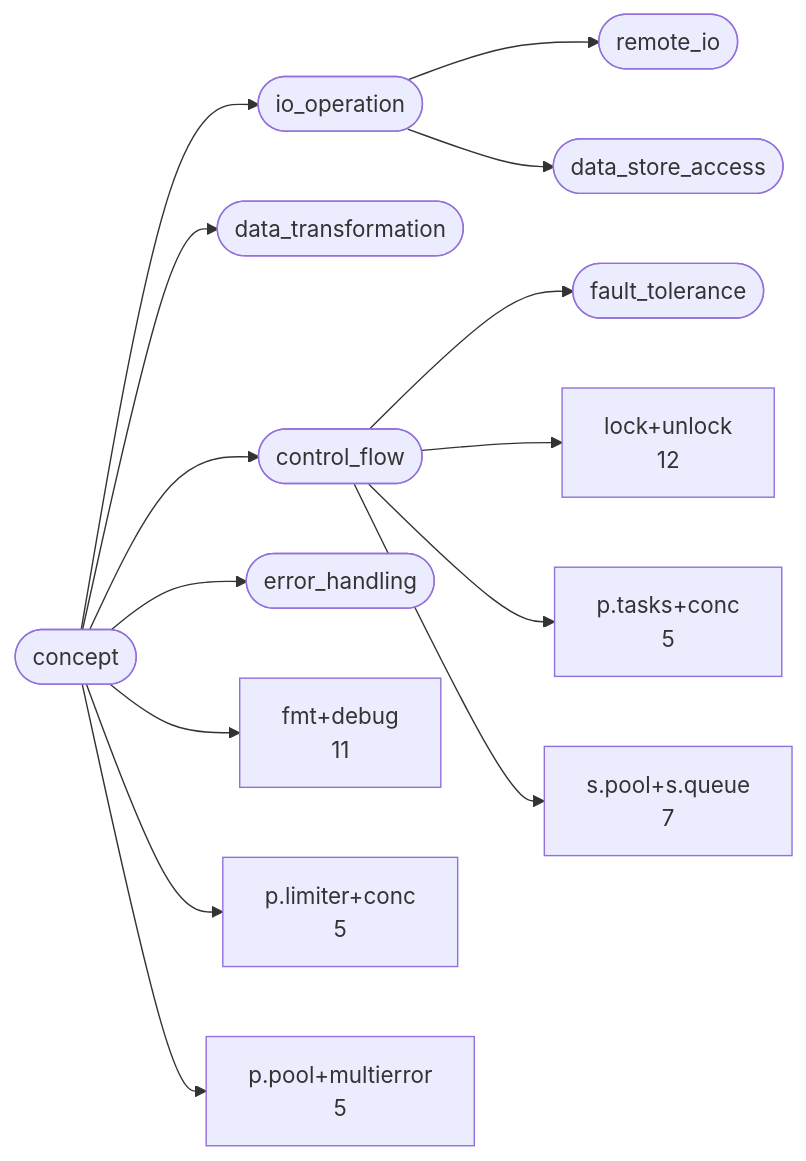
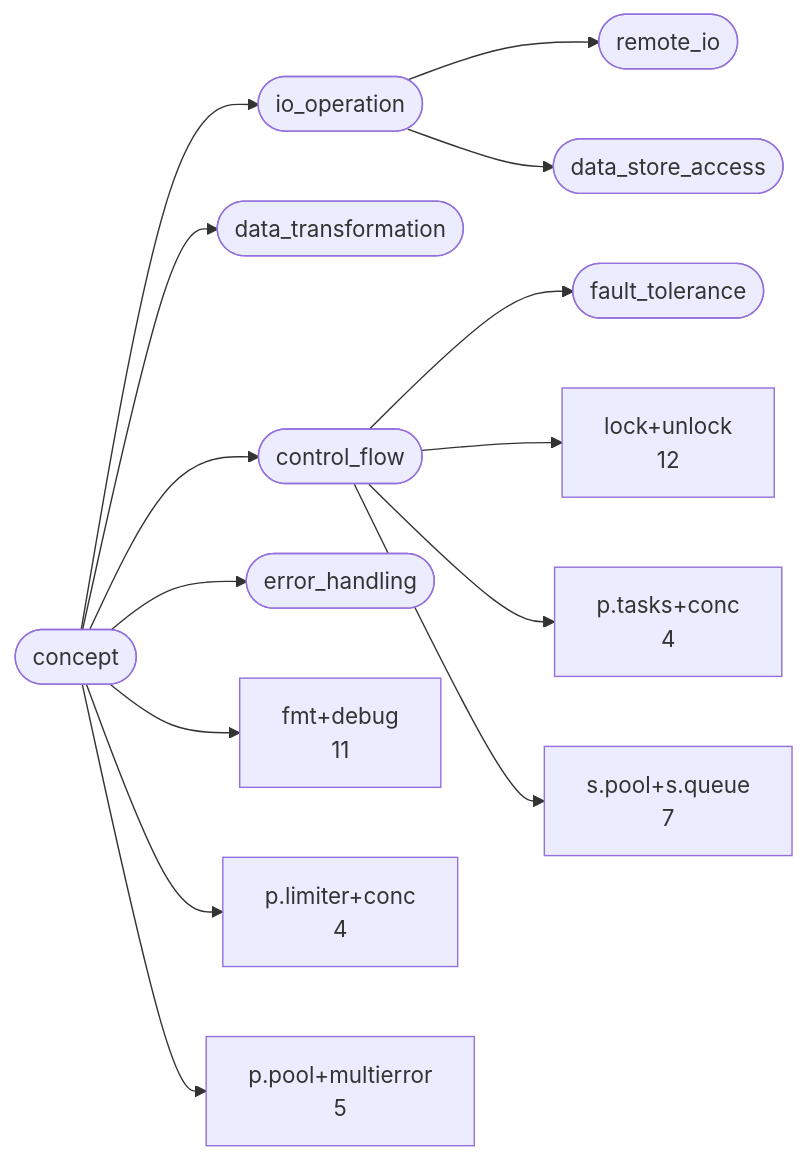
One commit to LukasSelin/doppel changed the first of 3 diagrams in examples/conc.md. Above: the diagram before and after it, drawn with Mermaid. The commit also changed other lines of this file and 15 other files, not shown here.

````diff
--- a/examples/conc.md
+++ b/examples/conc.md
@@ -54,30 +54,30 @@
 ```mermaid
 flowchart LR
     c0(["concept"])
     c1(["io_operation"])
     c2(["remote_io"])
     c3(["data_store_access"])
     c4(["data_transformation"])
     c5(["control_flow"])
     c6(["fault_tolerance"])
     c7(["error_handling"])
     c8["fmt+debug<br/>11"]
     c9["lock+unlock<br/>12"]
-    c10["p.limiter+conc<br/>5"]
+    c10["p.limiter+conc<br/>4"]
     c11["p.pool+multierror<br/>5"]
-    c12["p.tasks+conc<br/>5"]
+    c12["p.tasks+conc<br/>4"]
     c13["s.pool+s.queue<br/>7"]
     c0 --> c1
     c1 --> c2
     c1 --> c3
     c0 --> c4
     c0 --> c5
     c5 --> c6
     c0 --> c7
     c0 --> c8
     c5 --> c9
     c0 --> c10
     c0 --> c11
     c5 --> c12
     c5 --> c13
 ```
````
